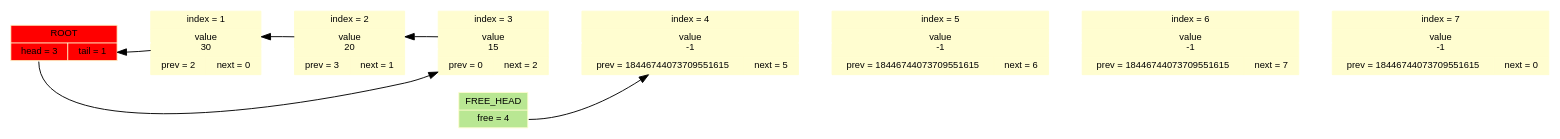
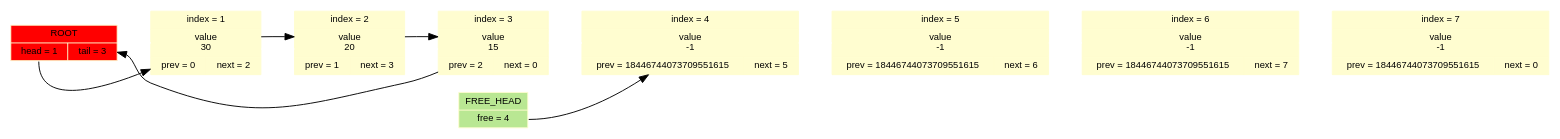
Before and after one commit to aidenfmunro/HashTable: the diagram in log/dot/result_2.dot, drawn with Graphviz. The commit also changed 15 other files, not shown here.

```diff
--- a/log/dot/result_2.dot
+++ b/log/dot/result_2.dot
@@ -1,18 +1,18 @@
   digraph
   {
   rankdir = LR;
   node [shape = record, color = "#fffdd0", fontname = helvetica, fontsize = 10];
   bgcolor = "#ffffff";
-  ROOT[style = "filled", fillcolor = "#ff0000",   label = "ROOT|{<head>head = 3|<tail>tail = 1}"];
+  ROOT[style = "filled", fillcolor = "#ff0000",   label = "ROOT|{<head>head = 1|<tail>tail = 3}"];
   FREE_HEAD[style = "filled", fillcolor = "#b9e793",   label = "FREE_HEAD|<free>free = 4"];
-  NODE_1[style = "filled", fillcolor = "#fffdd0",   label = "index = 1|value\n30|{prev = 2|next = 0}"];
-  NODE_2[style = "filled", fillcolor = "#fffdd0",   label = "index = 2|value\n20|{prev = 3|next = 1}"];
-  NODE_3[style = "filled", fillcolor = "#fffdd0",   label = "index = 3|value\n15|{prev = 0|next = 2}"];
+  NODE_1[style = "filled", fillcolor = "#fffdd0",   label = "index = 1|value\n30|{prev = 0|next = 2}"];
+  NODE_2[style = "filled", fillcolor = "#fffdd0",   label = "index = 2|value\n20|{prev = 1|next = 3}"];
+  NODE_3[style = "filled", fillcolor = "#fffdd0",   label = "index = 3|value\n15|{prev = 2|next = 0}"];
   NODE_4[style = "filled", fillcolor = "#fffdd0",   label = "index = 4|value\n-1|{prev = 18446744073709551615|next = 5}"];
   NODE_5[style = "filled", fillcolor = "#fffdd0",   label = "index = 5|value\n-1|{prev = 18446744073709551615|next = 6}"];
   NODE_6[style = "filled", fillcolor = "#fffdd0",   label = "index = 6|value\n-1|{prev = 18446744073709551615|next = 7}"];
   NODE_7[style = "filled", fillcolor = "#fffdd0",   label = "index = 7|value\n-1|{prev = 18446744073709551615|next = 0}"];
 ROOT->NODE_1->NODE_2->NODE_3->NODE_4->NODE_5->NODE_6->NODE_7 [weight = 100000, color = "#ffffff"];
-ROOT:head->NODE_3->NODE_2->NODE_1->ROOT:tail;
+ROOT:head->NODE_1->NODE_2->NODE_3->ROOT:tail;
 FREE_HEAD:free->NODE_4;
   }
```
